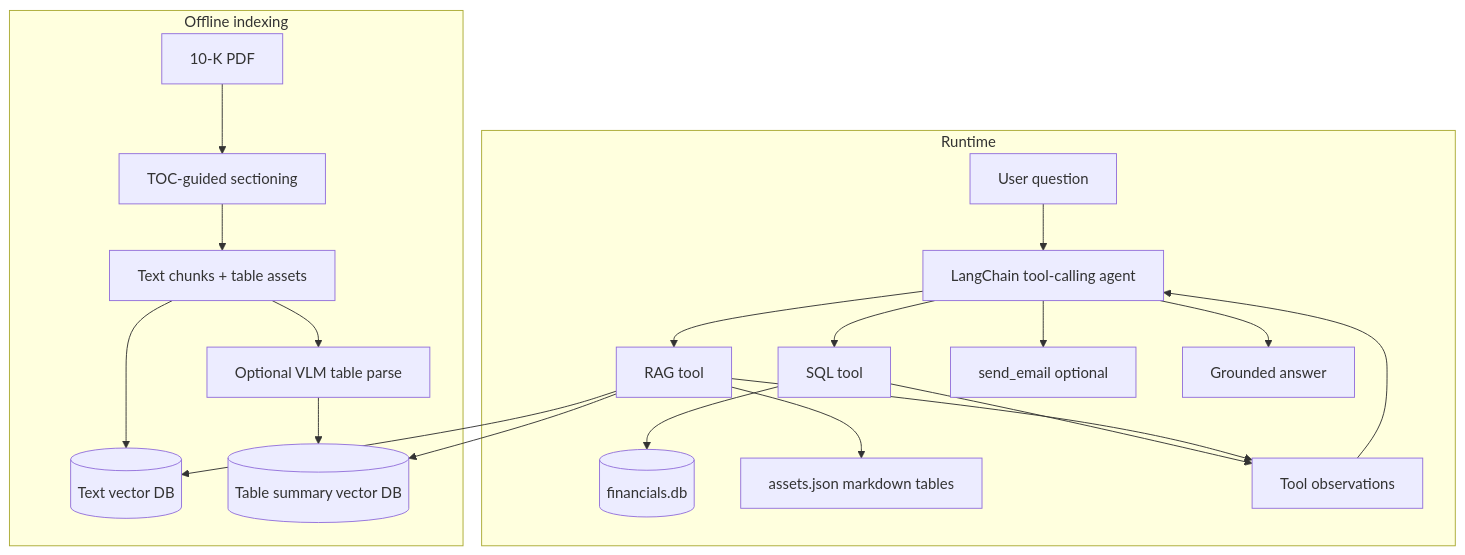
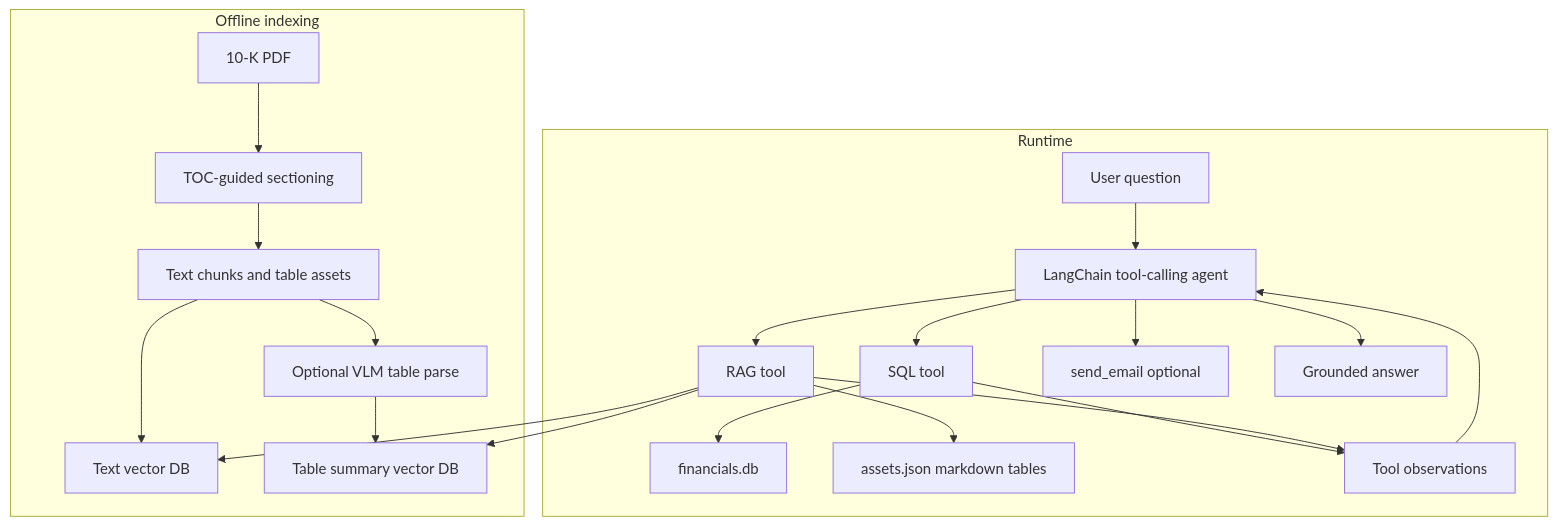
Before and after one commit to yichen0411/10k-agentic-rag: the first of 3 diagrams in README.md, drawn with Mermaid. The commit also changed other lines of this file and 8 other files, not shown here.

````diff
--- a/README.md
+++ b/README.md
@@ -7,25 +7,25 @@
 ```mermaid
-flowchart TD
-  subgraph Offline["Offline indexing"]
-    PDF[10-K PDF] --> SEC[TOC-guided sectioning]
-    SEC --> CHK[Text chunks + table assets]
-    CHK --> TV[(Text vector DB)]
-    CHK --> VLM[Optional VLM table parse]
-    VLM --> SV[(Table summary vector DB)]
+graph TD
+  subgraph offline [Offline indexing]
+    pdf[10-K PDF] --> sec[TOC-guided sectioning]
+    sec --> chk[Text chunks and table assets]
+    chk --> tv[Text vector DB]
+    chk --> vlm[Optional VLM table parse]
+    vlm --> sv[Table summary vector DB]
   end
 
-  subgraph Runtime["Runtime"]
-    U[User question] --> A[LangChain tool-calling agent]
-    A --> SQL[SQL tool]
-    A --> RAG[RAG tool]
-    A --> EM[send_email optional]
-    SQL --> DB[(financials.db)]
-    RAG --> TV
-    RAG --> SV
-    RAG --> AST[assets.json markdown tables]
-    SQL --> OBS[Tool observations]
-    RAG --> OBS
-    OBS --> A
-    A --> ANS[Grounded answer]
+  subgraph runtime [Runtime]
+    user[User question] --> agent[LangChain tool-calling agent]
+    agent --> sql[SQL tool]
+    agent --> rag[RAG tool]
+    agent --> email[send_email optional]
+    sql --> db[financials.db]
+    rag --> tv
+    rag --> sv
+    rag --> ast[assets.json markdown tables]
+    sql --> obs[Tool observations]
+    rag --> obs
+    obs --> agent
+    agent --> ans[Grounded answer]
   end
 ```
````
